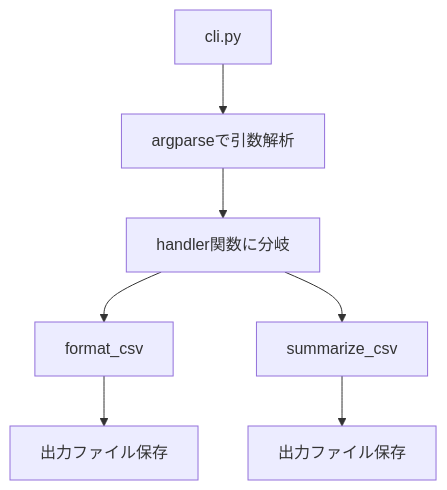
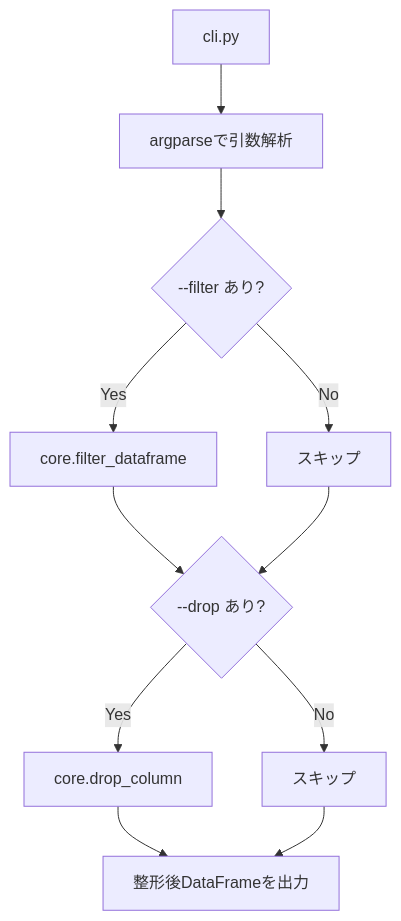
Before and after one commit to yamanora/autoscripts-csv: the diagram in README.md, drawn with Mermaid. The commit also changed other lines of this file and 7 other files, not shown here.

````diff
--- a/README.md
+++ b/README.md
@@ -52,9 +92,16 @@
 ```mermaid
 flowchart TD
     A[cli.py] --> B[argparseで引数解析]
-    B --> C[handler関数に分岐]
-    C --> D1[format_csv]
-    C --> D2[summarize_csv]
-    D1 --> E1[出力ファイル保存]
-    D2 --> E2[出力ファイル保存]
+    B --> C1{--filter あり?}
+    C1 -- Yes --> D1[core.filter_dataframe]
+    C1 -- No --> D2[スキップ]
+
+    D1 --> C2{--drop あり?}
+    D2 --> C2
+
+    C2 -- Yes --> E1[core.drop_column]
+    C2 -- No --> E2[スキップ]
+
+    E1 --> F[整形後DataFrameを出力]
+    E2 --> F
 ```
````
